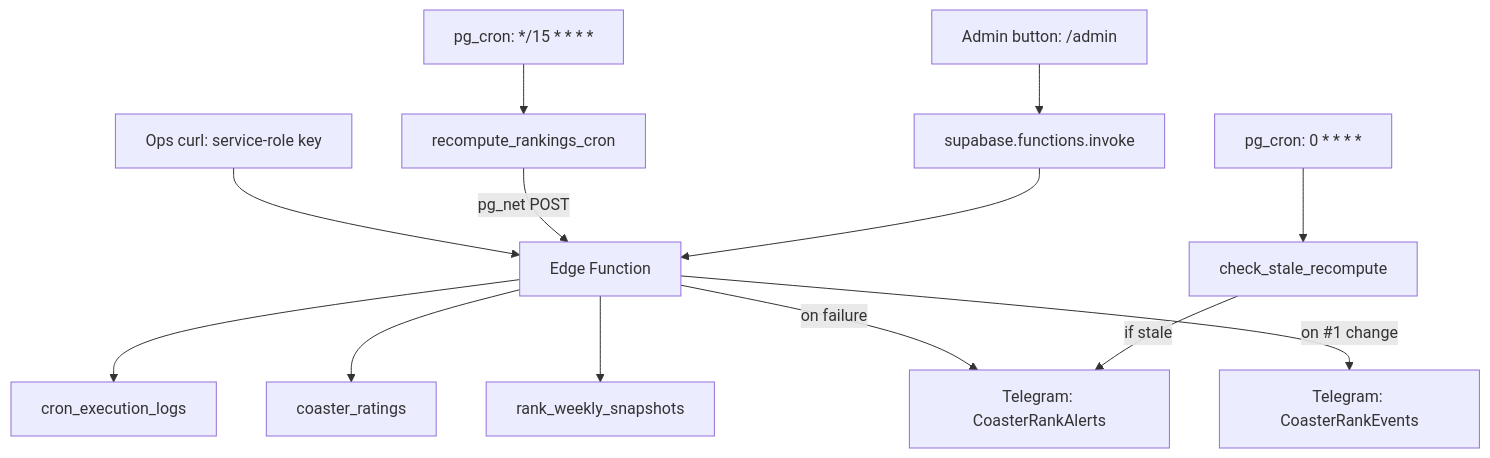
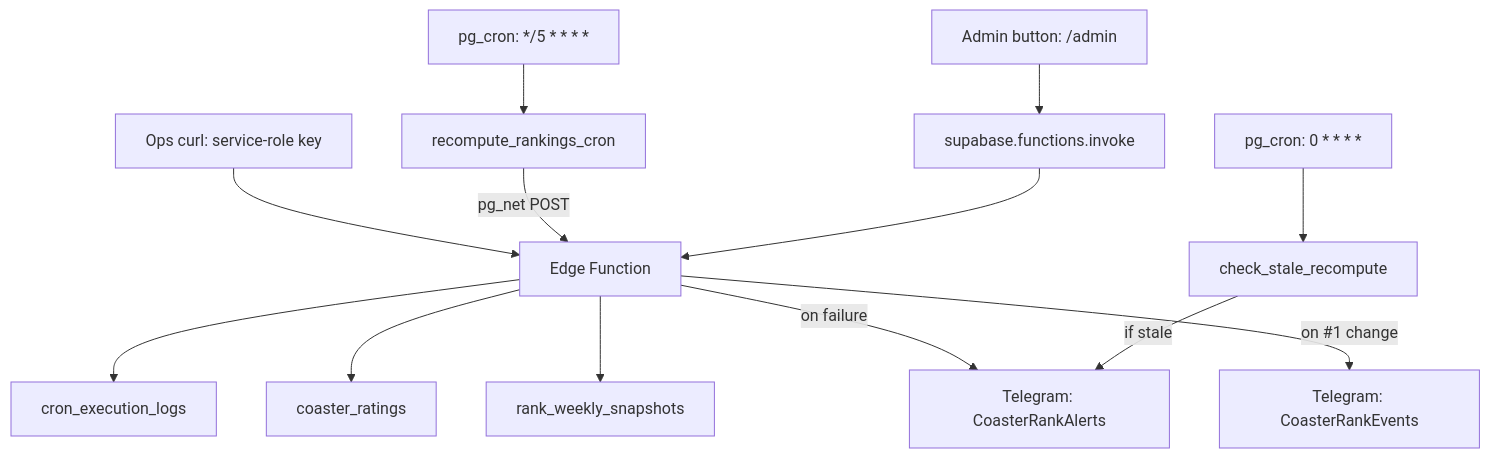
The second of 2 diagrams in docs/RANKINGS.md (pandeiro/CoasterRank), drawn with Mermaid before and after one commit. The commit also changed other lines of this file and 11 other files, not shown here.

````diff
--- a/docs/RANKINGS.md
+++ b/docs/RANKINGS.md
@@ -156,15 +159,15 @@
 ```mermaid
 flowchart TD
-    A[pg_cron: */15 * * * *] --> B[recompute_rankings_cron]
+    A[pg_cron: */5 * * * *] --> B[recompute_rankings_cron]
     C[Admin button: /admin] --> D[supabase.functions.invoke]
     E[Ops curl: service-role key] --> F[Edge Function]
     B -->|pg_net POST| F
     D --> F
     F --> G[cron_execution_logs]
     F --> H[coaster_ratings]
     F --> H2[rank_weekly_snapshots]
     F -->|on failure| I[Telegram: CoasterRankAlerts]
     F -->|on #1 change| J[Telegram: CoasterRankEvents]
     K[pg_cron: 0 * * * *] --> L[check_stale_recompute]
     L -->|if stale| I
 ```
````
